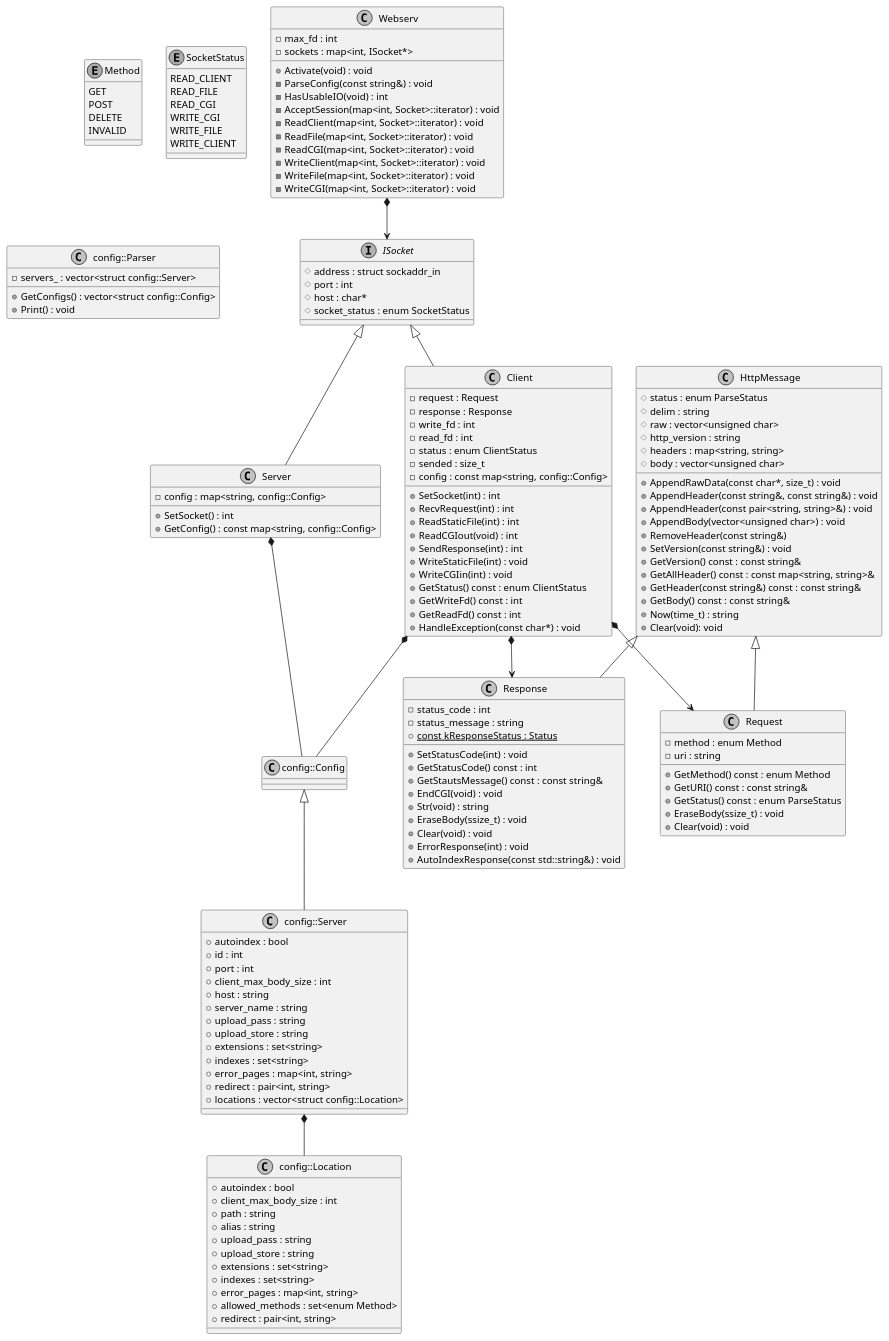
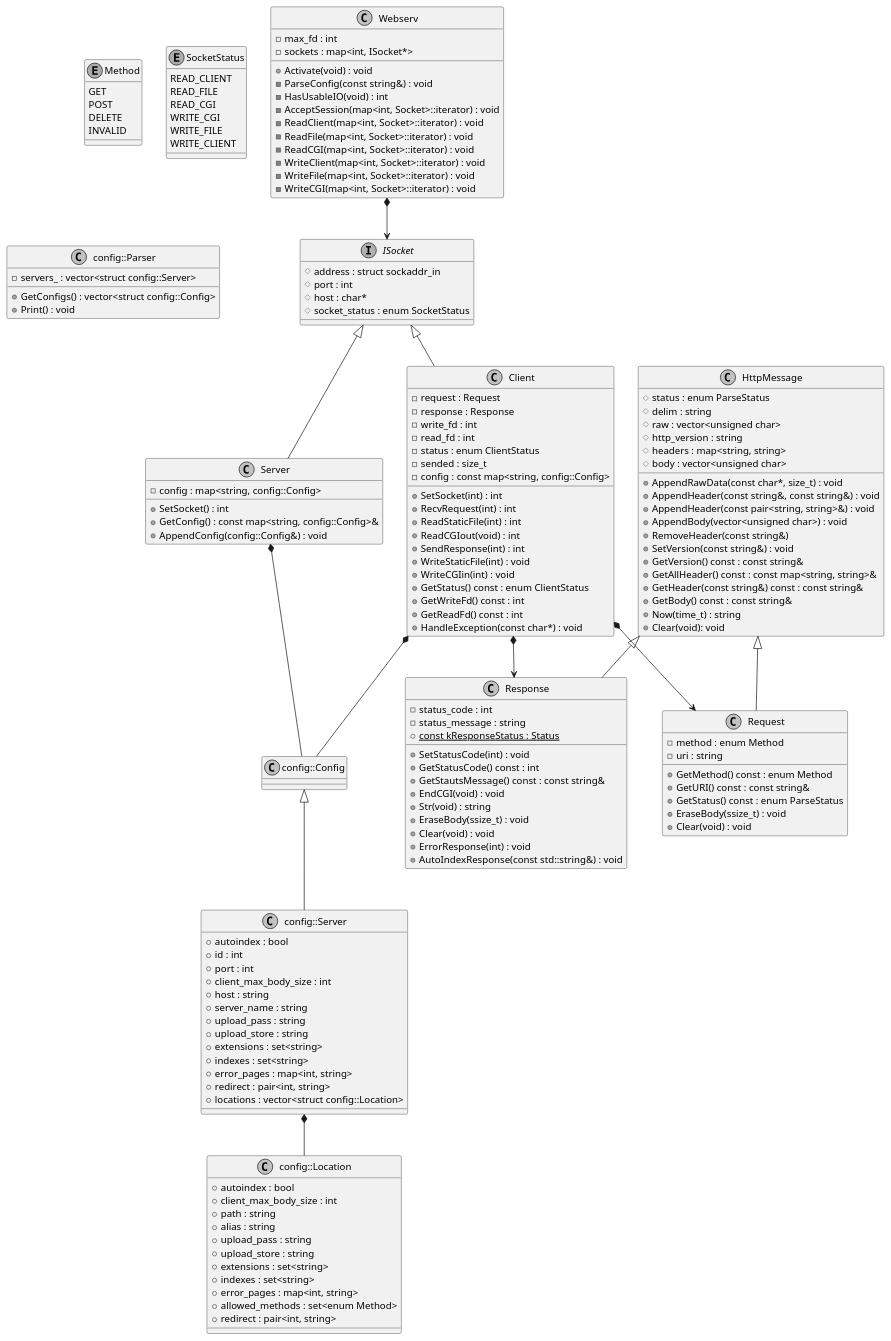
One commit to tkomatsu/webserv changed the diagram in docs/misc/webserv.pu. Above: the diagram before and after it, drawn with PlantUML. The commit also changed 3 other files, not shown here.

Commit message:
refactor(Server, Webserv): add AppendConfig method to Server class

```diff
--- a/docs/misc/webserv.pu
+++ b/docs/misc/webserv.pu
@@ -1,167 +1,168 @@
 @startuml webserv
 
 skinparam monochrome true
 skinparam shadowing false
 
 class Webserv {
   - max_fd : int
   - sockets : map<int, ISocket*>
   + Activate(void) : void
   - ParseConfig(const string&) : void
   - HasUsableIO(void) : int
   - AcceptSession(map<int, Socket>::iterator) : void
   - ReadClient(map<int, Socket>::iterator) : void
   - ReadFile(map<int, Socket>::iterator) : void
   - ReadCGI(map<int, Socket>::iterator) : void
   - WriteClient(map<int, Socket>::iterator) : void
   - WriteFile(map<int, Socket>::iterator) : void
   - WriteCGI(map<int, Socket>::iterator) : void
 }
 
 interface ISocket {
   # address : struct sockaddr_in
   # port : int
   # host : char*
   # socket_status : enum SocketStatus
 }
 
 class Server {
   - config : map<string, config::Config>
   + SetSocket() : int
-  + GetConfig() : const map<string, config::Config>
+  + GetConfig() : const map<string, config::Config>&
+  + AppendConfig(config::Config&) : void
 }
 
 class Client {
   - request : Request
   - response : Response
   - write_fd : int
   - read_fd : int
   - status : enum ClientStatus
   - sended : size_t
   - config : const map<string, config::Config>
   + SetSocket(int) : int
   + RecvRequest(int) : int
   + ReadStaticFile(int) : int
   + ReadCGIout(void) : int
   + SendResponse(int) : int
   + WriteStaticFile(int) : void
   + WriteCGIin(int) : void
   + GetStatus() const : enum ClientStatus
   + GetWriteFd() const : int
   + GetReadFd() const : int
   + HandleException(const char*) : void
 }
 
 class HttpMessage {
   # status : enum ParseStatus
   # delim : string
   # raw : vector<unsigned char>
   # http_version : string
   # headers : map<string, string>
   # body : vector<unsigned char>
   + AppendRawData(const char*, size_t) : void
   + AppendHeader(const string&, const string&) : void
   + AppendHeader(const pair<string, string>&) : void
   + AppendBody(vector<unsigned char>) : void
   + RemoveHeader(const string&)
   + SetVersion(const string&) : void
   + GetVersion() const : const string&
   + GetAllHeader() const : const map<string, string>&
   + GetHeader(const string&) const : const string&
   + GetBody() const : const string&
   + Now(time_t) : string
   + Clear(void): void
 }
 
 class Request {
   - method : enum Method
   - uri : string
   + GetMethod() const : enum Method
   + GetURI() const : const string&
   + GetStatus() const : enum ParseStatus
   + EraseBody(ssize_t) : void
   + Clear(void) : void
 }
 
 class Response {
   - status_code : int
   - status_message : string
   + {static} const kResponseStatus : Status
   + SetStatusCode(int) : void
   + GetStatusCode() const : int
   + GetStautsMessage() const : const string&
   + EndCGI(void) : void
   + Str(void) : string
   + EraseBody(ssize_t) : void
   + Clear(void) : void
   + ErrorResponse(int) : void
   + AutoIndexResponse(const std::string&) : void
 }
 
 enum Method {
   GET
   POST
   DELETE
   INVALID
 }
 
 enum SocketStatus {
   READ_CLIENT
   READ_FILE
   READ_CGI
   WRITE_CGI
   WRITE_FILE
   WRITE_CLIENT
 }
 
 class config::Parser {
   + GetConfigs() : vector<struct config::Config>
   + Print() : void
   - servers_ : vector<struct config::Server>
 }
 
 class config::Config {}
 
 class config::Server {
   + autoindex : bool
   + id : int
   + port : int
   + client_max_body_size : int
   + host : string
   + server_name : string
   + upload_pass : string
   + upload_store : string
   + extensions : set<string>
   + indexes : set<string>
   + error_pages : map<int, string>
   + redirect : pair<int, string>
   + locations : vector<struct config::Location>
 }
 
 class config::Location {
   + autoindex : bool
   + client_max_body_size : int
   + path : string
   + alias : string
   + upload_pass : string
   + upload_store : string
   + extensions : set<string>
   + indexes : set<string>
   + error_pages : map<int, string>
   + allowed_methods : set<enum Method>
   + redirect : pair<int, string>
 }
 
 Webserv *--> ISocket
 ISocket <|-- Client
 ISocket <|-- Server
 Client *--> Request
 Client *--> Response
 HttpMessage <|-- Request
 HttpMessage <|-- Response
 config::Server *-- config::Location
 config::Config <|-- config::Server
 Server *-- config::Config
 Client *-- config::Config
 
 @enduml
```
